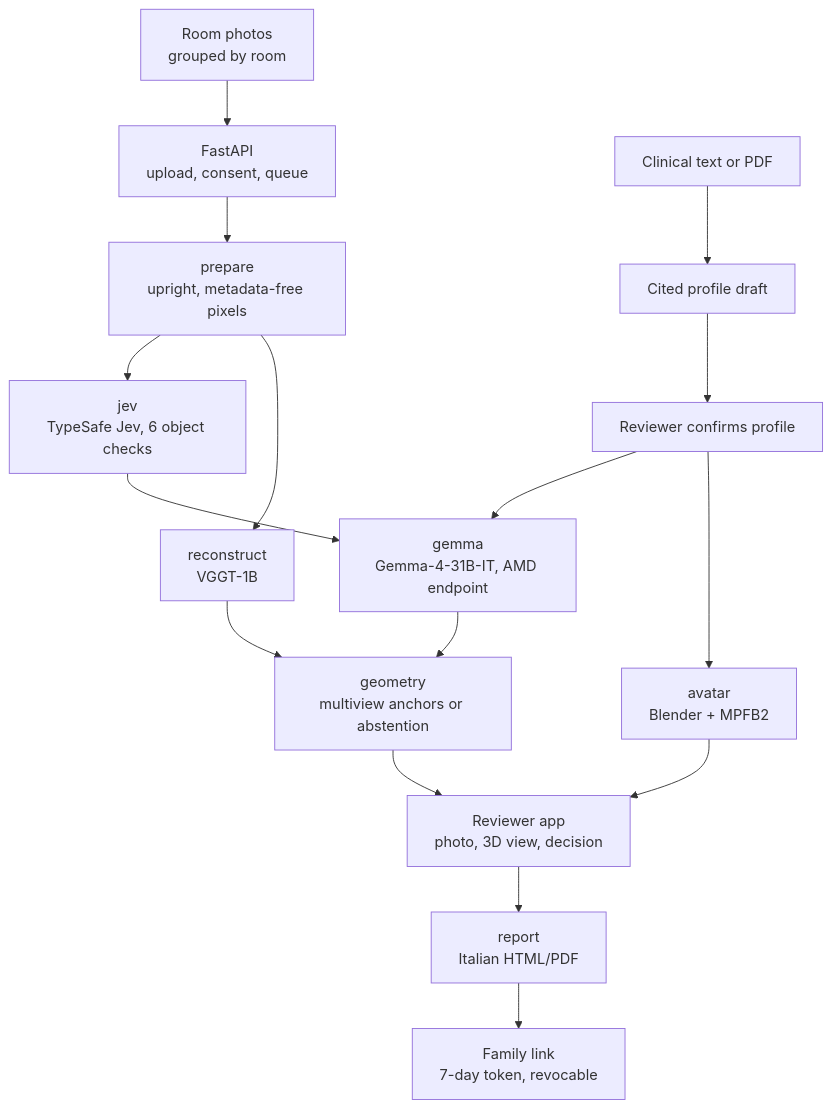
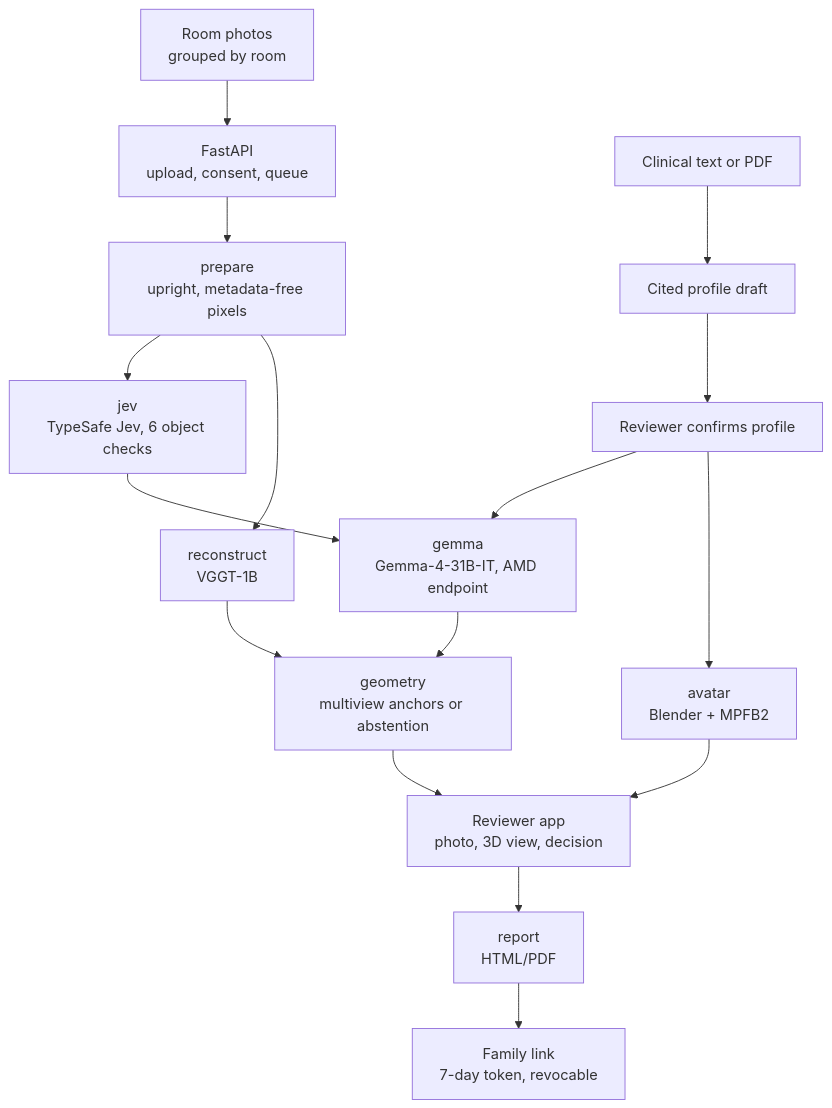
One commit to jacopopper/amd-hack changed the diagram in README.md. Above: the diagram before and after it, drawn with Mermaid. The commit also changed other lines of this file and 70 other files, not shown here.

````diff
--- a/README.md
+++ b/README.md
@@ -245,18 +245,18 @@
 ```mermaid
 flowchart TD
     PH["Room photos<br/>grouped by room"] --> API["FastAPI<br/>upload, consent, queue"]
     DOC["Clinical text or PDF"] --> PROF["Cited profile draft"]
     PROF --> CONF["Reviewer confirms profile"]
     API --> PREP["prepare<br/>upright, metadata-free pixels"]
     PREP --> JEV["jev<br/>TypeSafe Jev, 6 object checks"]
     PREP --> VGGT["reconstruct<br/>VGGT-1B"]
     JEV --> GEM["gemma<br/>Gemma-4-31B-IT, AMD endpoint"]
     CONF --> GEM
     GEM --> GEO["geometry<br/>multiview anchors or abstention"]
     VGGT --> GEO
     CONF --> AV["avatar<br/>Blender + MPFB2"]
     GEO --> REV["Reviewer app<br/>photo, 3D view, decision"]
     AV --> REV
-    REV --> RPT["report<br/>Italian HTML/PDF"]
+    REV --> RPT["report<br/>HTML/PDF"]
     RPT --> FAM["Family link<br/>7-day token, revocable"]
 ```
````
